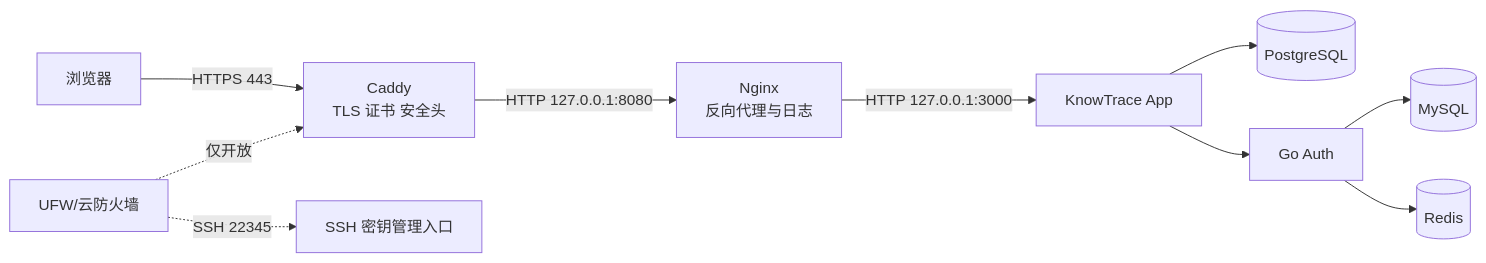
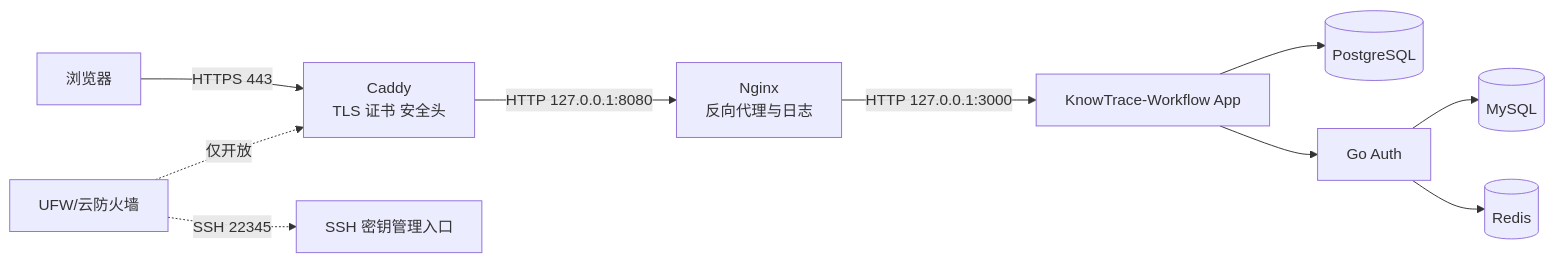
The second of 5 diagrams in docs/KnowTrace-VPS-部署学习-2026-09-06/总览/01-Mermaid执行流程.md (Yotoha0303/KnowTrace), drawn with Mermaid before and after one commit. The commit also changed other lines of this file and 183 other files, not shown here.

First line of the commit message:
chore: 仓库与项目更名为 KnowTrace-Workflow

````diff
--- a/docs/KnowTrace-VPS-部署学习-2026-09-06/总览/01-Mermaid执行流程.md
+++ b/docs/KnowTrace-VPS-部署学习-2026-09-06/总览/01-Mermaid执行流程.md
@@ -29,13 +29,13 @@
 ```mermaid
 flowchart LR
     U[浏览器] -->|HTTPS 443| C[Caddy<br/>TLS 证书 安全头]
     C -->|HTTP 127.0.0.1:8080| N[Nginx<br/>反向代理与日志]
-    N -->|HTTP 127.0.0.1:3000| A[KnowTrace App]
+    N -->|HTTP 127.0.0.1:3000| A[KnowTrace-Workflow App]
     A --> P[(PostgreSQL)]
     A --> H[Go Auth]
     H --> M[(MySQL)]
     H --> R[(Redis)]
 
     FW[UFW/云防火墙] -. 仅开放 .-> C
     FW -. SSH 22345 .-> S[SSH 密钥管理入口]
 ```
````
